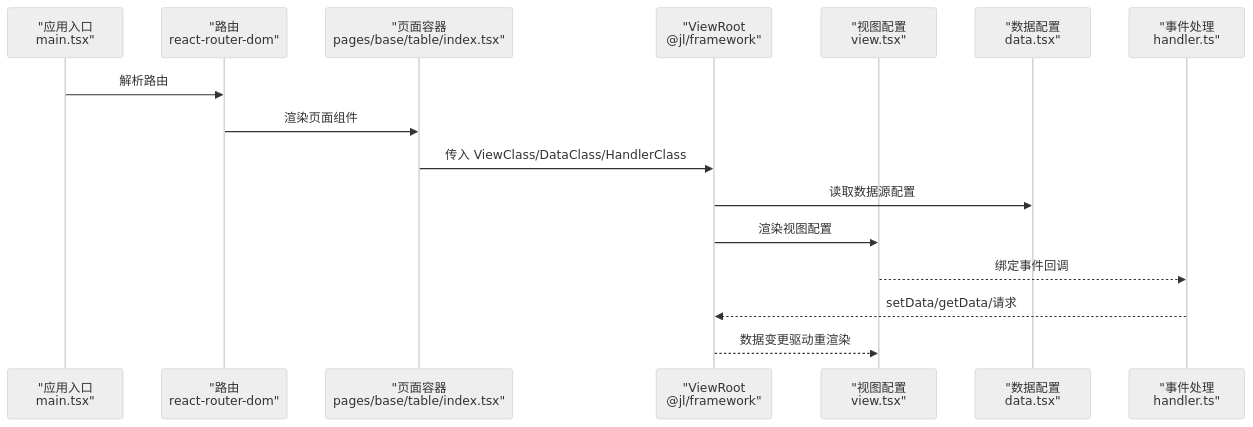
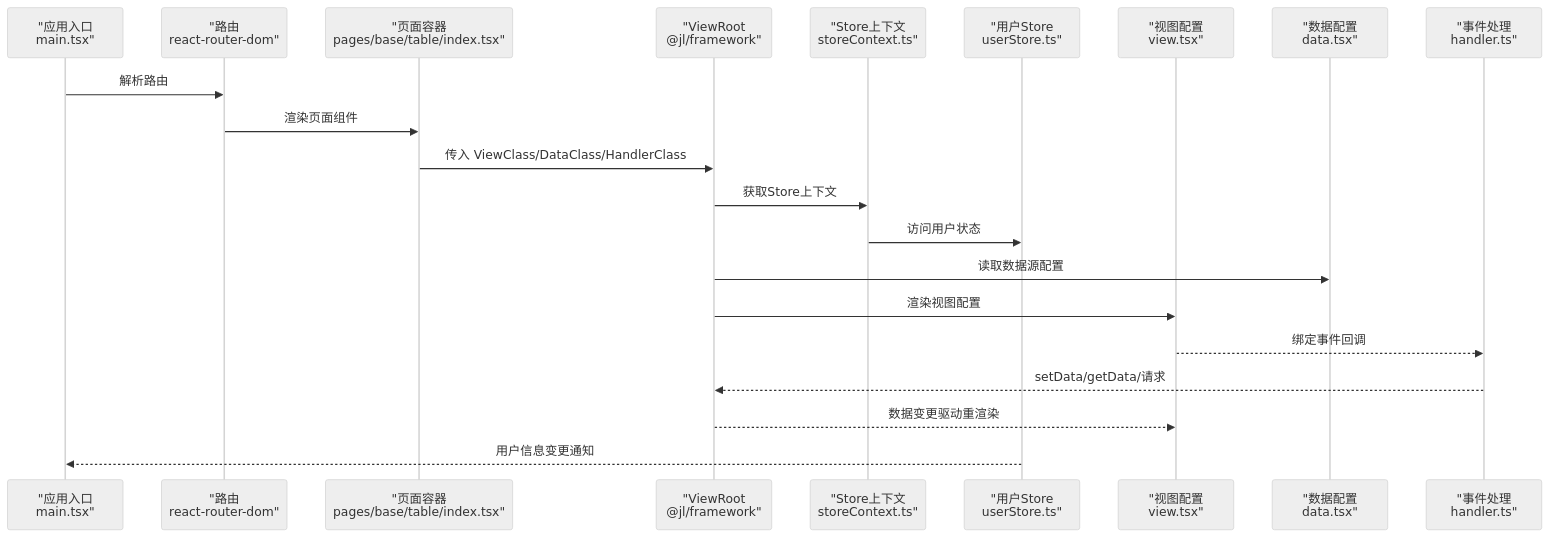
Before and after one commit to liqiongke/FrontArk: the second of 4 diagrams in .qoder/repowiki/zh/content/架构设计/组件化架构/组件开发规范.md, drawn with Mermaid (neutral theme). The commit also changed other lines of this file and 25 other files, not shown here.

````diff
--- a/.qoder/repowiki/zh/content/架构设计/组件化架构/组件开发规范.md
+++ b/.qoder/repowiki/zh/content/架构设计/组件化架构/组件开发规范.md
@@ -101,18 +133,23 @@
 ```mermaid
 sequenceDiagram
 participant App as "应用入口<br/>main.tsx"
 participant Router as "路由<br/>react-router-dom"
 participant Page as "页面容器<br/>pages/base/table/index.tsx"
 participant Root as "ViewRoot<br/>@jl/framework"
+participant Store as "Store上下文<br/>storeContext.ts"
+participant UserStore as "用户Store<br/>userStore.ts"
 participant View as "视图配置<br/>view.tsx"
 participant Data as "数据配置<br/>data.tsx"
 participant Handler as "事件处理<br/>handler.ts"
 App->>Router : 解析路由
 Router->>Page : 渲染页面组件
 Page->>Root : 传入 ViewClass/DataClass/HandlerClass
+Root->>Store : 获取Store上下文
+Store->>UserStore : 访问用户状态
 Root->>Data : 读取数据源配置
 Root->>View : 渲染视图配置
 View-->>Handler : 绑定事件回调
 Handler-->>Root : setData/getData/请求
 Root-->>View : 数据变更驱动重渲染
+UserStore-->>App : 用户信息变更通知
 ```
````
